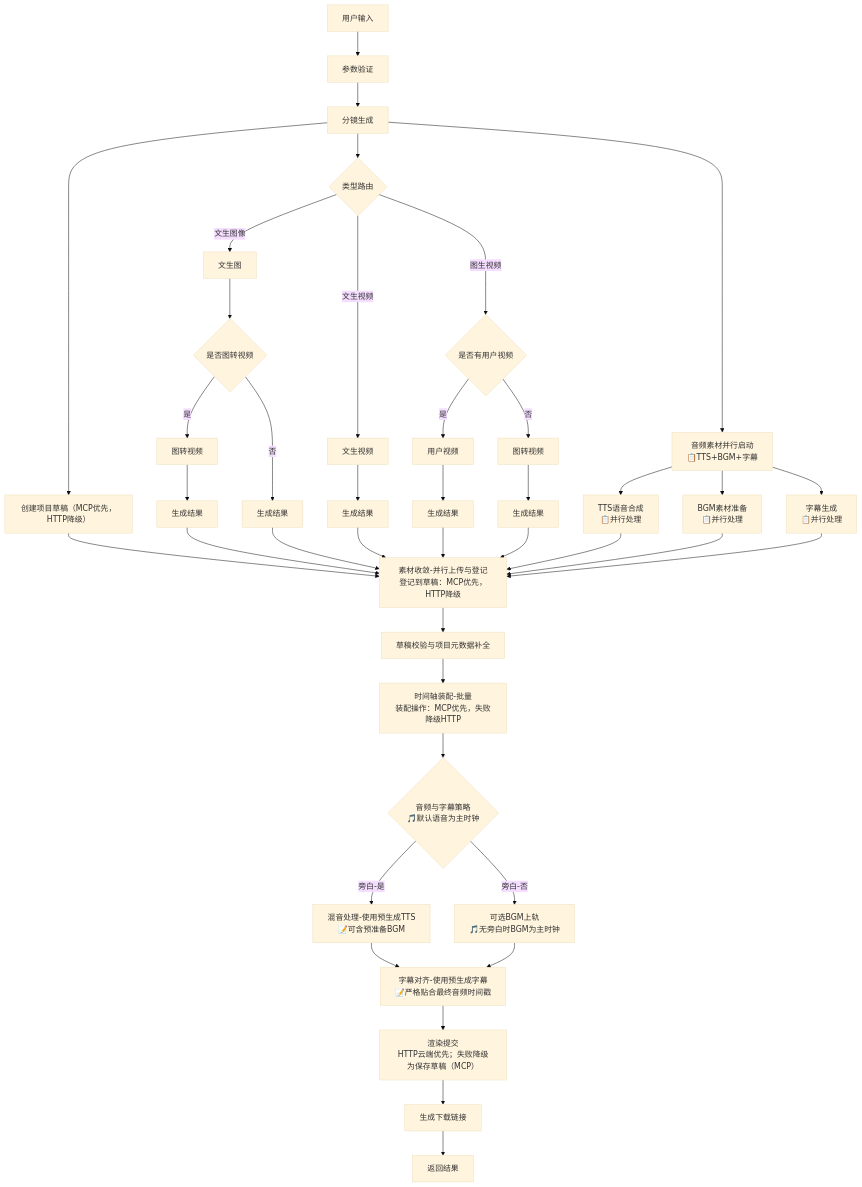
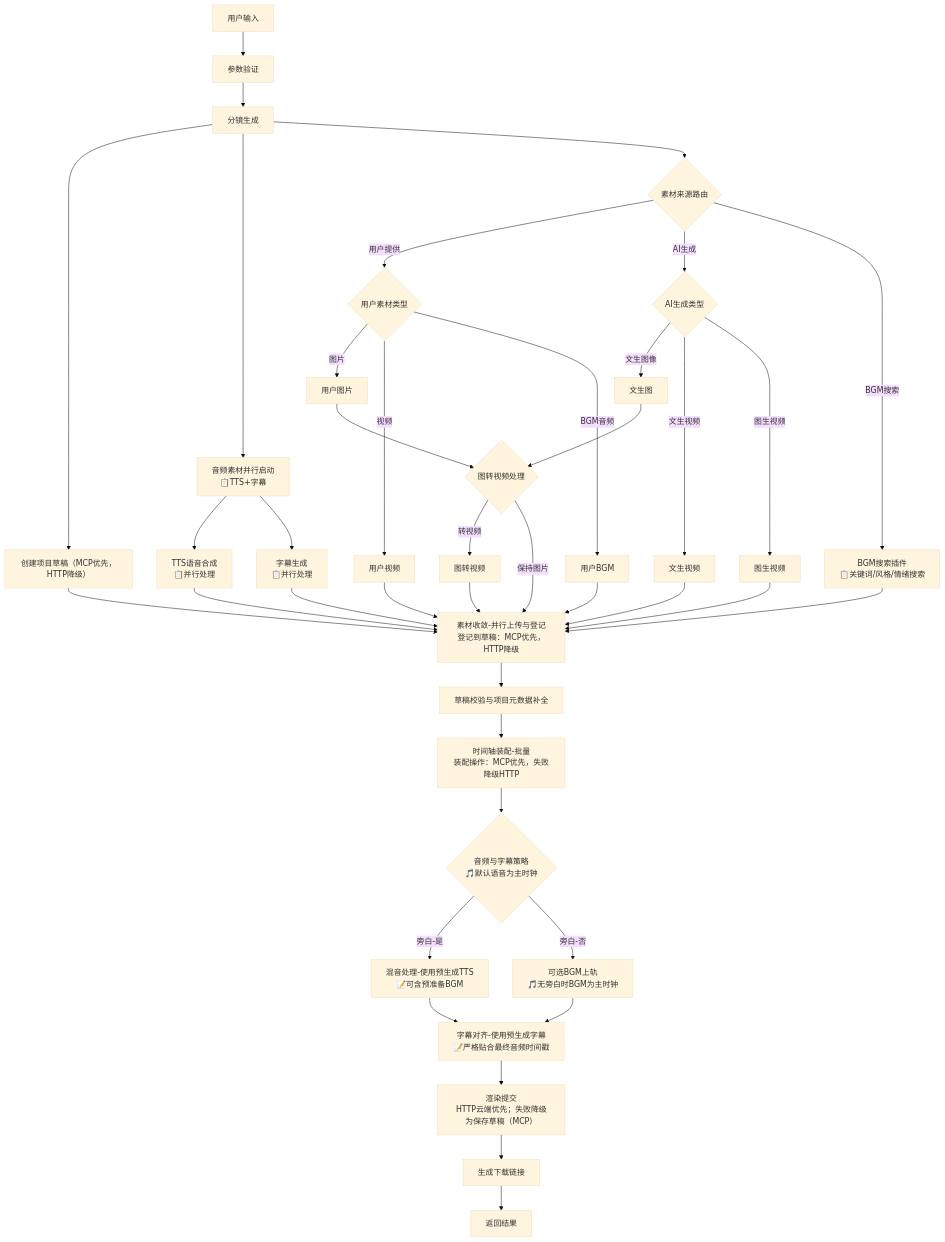
The second of 8 diagrams in 短视频工作流优化需求文档-PRD.md (xiaoxishui123/dify-1.7.0), drawn with Mermaid (base theme) before and after one commit. The commit also changed other lines of this file, not shown here.

````diff
--- a/短视频工作流优化需求文档-PRD.md
+++ b/短视频工作流优化需求文档-PRD.md
@@ -471,58 +471,72 @@
 ```mermaid
 graph TD
     A[用户输入] --> B[参数验证]
     B --> C[分镜生成]
 
     %% 先行草稿（可并行解耦后续登记）
     C --> DRAFT_INIT[创建项目草稿（MCP优先，HTTP降级）]
 
-    %% 并行启动视觉和音频素材生成
-    C --> R1{类型路由}
-    C --> AUDIO_START[音频素材并行启动<br/>📋TTS+BGM+字幕]
+    %% 并行启动音频素材生成
+    C --> AUDIO_START[音频素材并行启动<br/>📋TTS+字幕]
 
-    %% 视觉素材路径
-    R1 -->|文生图像| T2I[文生图]
-    T2I --> R3{是否图转视频}
-    R3 -->|是| I2V_FROM_IMG[图转视频]
-    R3 -->|否| OUT_T2I[生成结果]
-    R1 -->|文生视频| T2V[文生视频]
-    T2V --> OUT_T2V[生成结果]
-    R1 -->|图生视频| R2{是否有用户视频}
-    R2 -->|是| UV[用户视频]
-    R2 -->|否| I2V[图转视频]
-    UV --> OUT_UV[生成结果]
-    I2V --> OUT_I2V[生成结果]
-    I2V_FROM_IMG --> OUT_I2V_IMG[生成结果]
+    %% 第一层：素材来源分类
+    C --> SOURCE_ROUTE{素材来源路由}
+    
+    %% 用户提供分支
+    SOURCE_ROUTE -->|用户提供| USER_BRANCH{用户素材类型}
+    USER_BRANCH -->|图片| USER_IMG[用户图片]
+    USER_BRANCH -->|视频| USER_VIDEO[用户视频]
+    USER_BRANCH -->|BGM音频| USER_BGM[用户BGM]
+    
+    %% AI生成分支  
+    SOURCE_ROUTE -->|AI生成| AI_BRANCH{AI生成类型}
+    AI_BRANCH -->|文生图像| AI_T2I[文生图]
+    AI_BRANCH -->|文生视频| AI_T2V[文生视频]
+    AI_BRANCH -->|图生视频| AI_I2V[图生视频]
+    
+    %% BGM搜索插件分支
+    SOURCE_ROUTE -->|BGM搜索| BGM_SEARCH[BGM搜索插件<br/>📋关键词/风格/情绪搜索]
+    
+    %% 用户分支处理
+    USER_IMG --> IMG_TO_VIDEO_PROC{图转视频处理}
+    USER_VIDEO --> MATERIAL_SYNC
+    USER_BGM --> MATERIAL_SYNC
+    
+    %% AI分支处理
+    AI_T2I --> IMG_TO_VIDEO_PROC
+    AI_T2V --> MATERIAL_SYNC
+    AI_I2V --> MATERIAL_SYNC
+    
+    %% BGM搜索插件分支处理
+    BGM_SEARCH --> MATERIAL_SYNC
 
-    %% 音频素材路径
+    %% 统一图转视频处理
+    IMG_TO_VIDEO_PROC -->|转视频| I2V_PROCESS[图转视频]
+    IMG_TO_VIDEO_PROC -->|保持图片| MATERIAL_SYNC
+    I2V_PROCESS --> MATERIAL_SYNC
+
+    %% 音频素材路径（TTS和字幕）
     AUDIO_START --> TTS_GEN[TTS语音合成<br/>📋并行处理]
-    AUDIO_START --> BGM_GEN[BGM素材准备<br/>📋并行处理]
     AUDIO_START --> SUB_GEN[字幕生成<br/>📋并行处理]
 
     %% 素材收敛点（登记至草稿）
-    OUT_T2I --> E[素材收敛-并行上传与登记<br/>登记到草稿：MCP优先，HTTP降级]
-    OUT_T2V --> E
-    OUT_UV --> E
-    OUT_I2V --> E
-    OUT_I2V_IMG --> E
-    TTS_GEN --> E
-    BGM_GEN --> E
-    SUB_GEN --> E
+    TTS_GEN --> MATERIAL_SYNC[素材收敛-并行上传与登记<br/>登记到草稿：MCP优先，HTTP降级]
+    SUB_GEN --> MATERIAL_SYNC
 
     %% 草稿校验与补全
-    DRAFT_INIT --> E
-    E --> F[草稿校验与项目元数据补全]
+    DRAFT_INIT --> MATERIAL_SYNC
+    MATERIAL_SYNC --> DRAFT_CHECK[草稿校验与项目元数据补全]
 
     %% 时间轴装配与音频策略
-    F --> G[时间轴装配-批量<br/>装配操作：MCP优先，失败降级HTTP]
-    G --> H{音频与字幕策略<br/>🎵默认语音为主时钟}
-    H -->|旁白-是| I[混音处理-使用预生成TTS<br/>📝可含预准备BGM]
-    H -->|旁白-否| J[可选BGM上轨<br/>🎵无旁白时BGM为主时钟]
-    I --> K[字幕对齐-使用预生成字幕<br/>📝严格贴合最终音频时间戳]
-    J --> K
+    DRAFT_CHECK --> TIMELINE_ASSEMBLY[时间轴装配-批量<br/>装配操作：MCP优先，失败降级HTTP]
+    TIMELINE_ASSEMBLY --> AUDIO_STRATEGY{音频与字幕策略<br/>🎵默认语音为主时钟}
+    AUDIO_STRATEGY -->|旁白-是| AUDIO_MIX[混音处理-使用预生成TTS<br/>📝可含预准备BGM]
+    AUDIO_STRATEGY -->|旁白-否| BGM_ONLY[可选BGM上轨<br/>🎵无旁白时BGM为主时钟]
+    AUDIO_MIX --> SUBTITLE_ALIGN[字幕对齐-使用预生成字幕<br/>📝严格贴合最终音频时间戳]
+    BGM_ONLY --> SUBTITLE_ALIGN
 
     %% 渲染提交与结果
-    K --> L[渲染提交<br/>HTTP云端优先；失败降级为保存草稿（MCP）]
-    L --> M[生成下载链接]
-    M --> N[返回结果]
+    SUBTITLE_ALIGN --> RENDER_SUBMIT[渲染提交<br/>HTTP云端优先；失败降级为保存草稿（MCP）]
+    RENDER_SUBMIT --> DOWNLOAD_LINK[生成下载链接]
+    DOWNLOAD_LINK --> FINAL_RESULT[返回结果]
 ```
````
